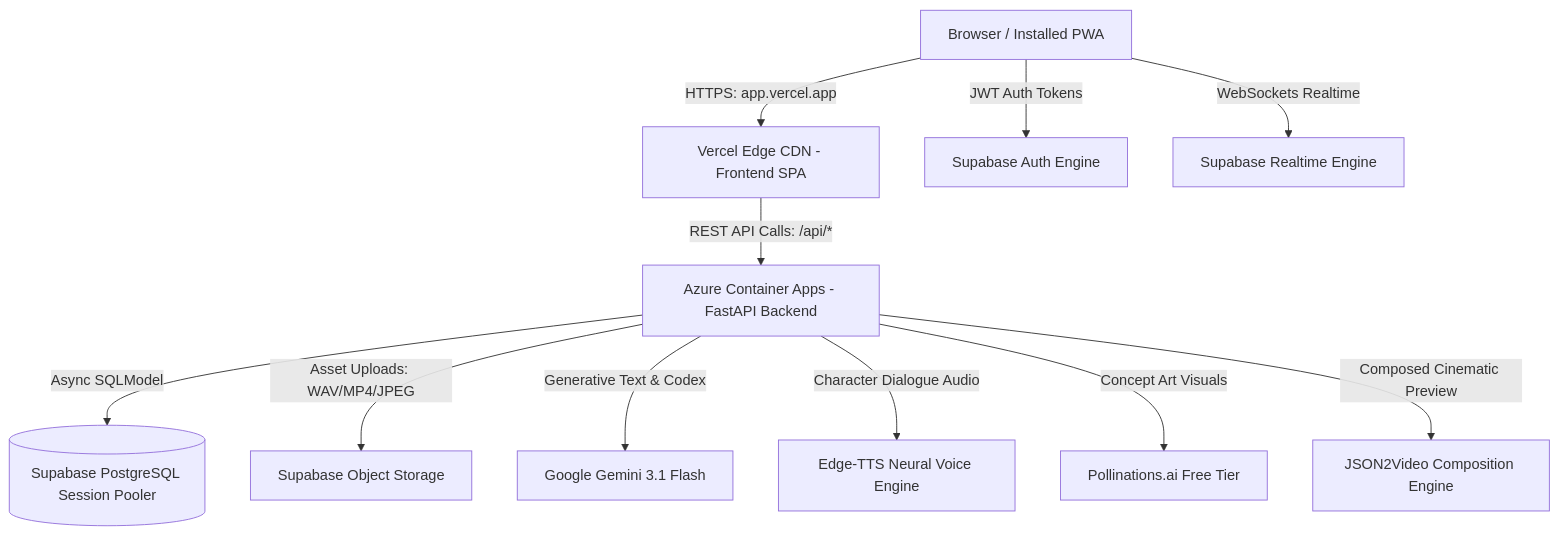
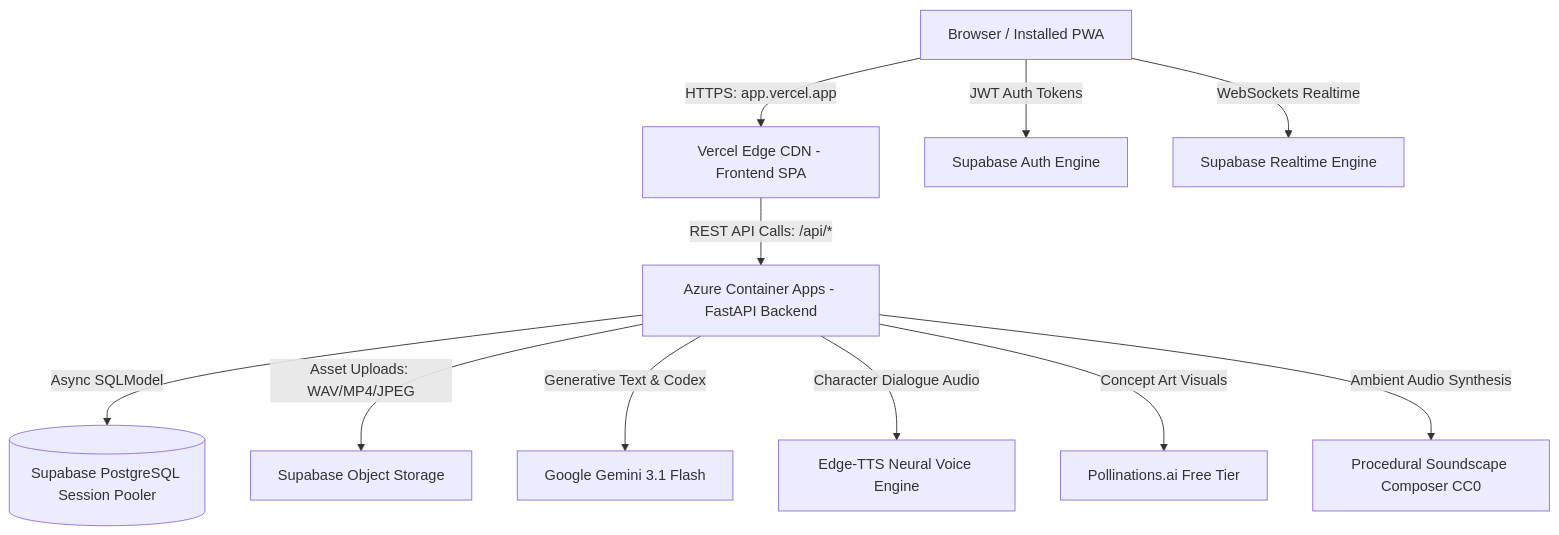
Before and after one commit to syed-imadulla/Praroha: the third of 3 diagrams in docs/DEPLOYMENT.md, drawn with Mermaid. The commit also changed other lines of this file and 27 other files, not shown here.

Commit message:
feat(media): implement Phase 46 cinematic preview evaluation and isolated pilot

````diff
--- a/docs/DEPLOYMENT.md
+++ b/docs/DEPLOYMENT.md
@@ -251,13 +251,13 @@
 ```mermaid
 graph TD
     Client[Browser / Installed PWA] -->|HTTPS: app.vercel.app| Vercel[Vercel Edge CDN - Frontend SPA]
     Client -->|JWT Auth Tokens| SupabaseAuth[Supabase Auth Engine]
     Client -->|WebSockets Realtime| SupabaseRT[Supabase Realtime Engine]
     Vercel -->|REST API Calls: /api/*| ACA[Azure Container Apps - FastAPI Backend]
     ACA -->|Async SQLModel| SupabaseDB[(Supabase PostgreSQL Session Pooler)]
     ACA -->|Asset Uploads: WAV/MP4/JPEG| SupabaseStorage[Supabase Object Storage]
     ACA -->|Generative Text & Codex| Gemini[Google Gemini 3.1 Flash]
     ACA -->|Character Dialogue Audio| EdgeTTS[Edge-TTS Neural Voice Engine]
     ACA -->|Concept Art Visuals| Pollinations[Pollinations.ai Free Tier]
-    ACA -->|Composed Cinematic Preview| JSON2Video[JSON2Video Composition Engine]
+    ACA -->|Ambient Audio Synthesis| Soundscapes[Procedural Soundscape Composer CC0]
 ```
````
